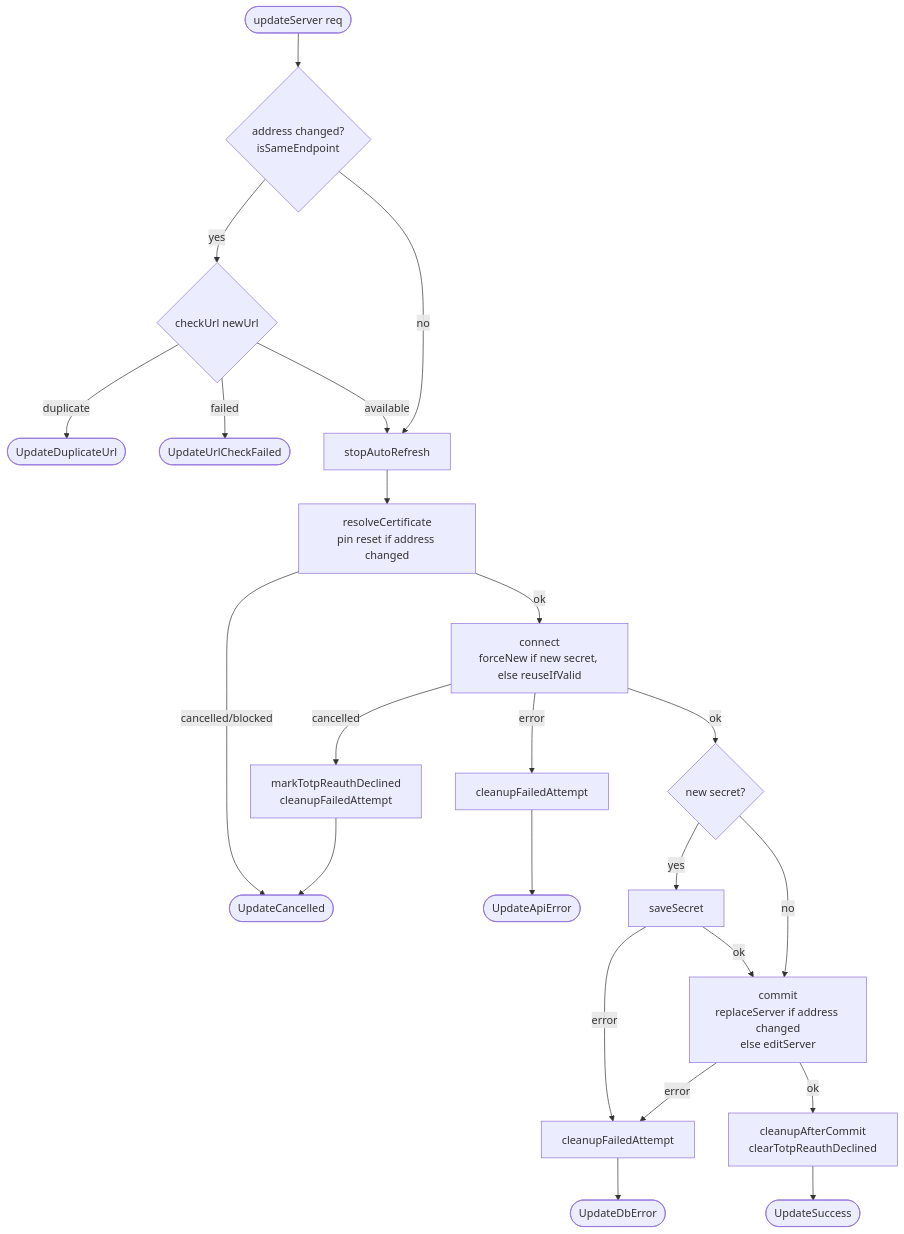
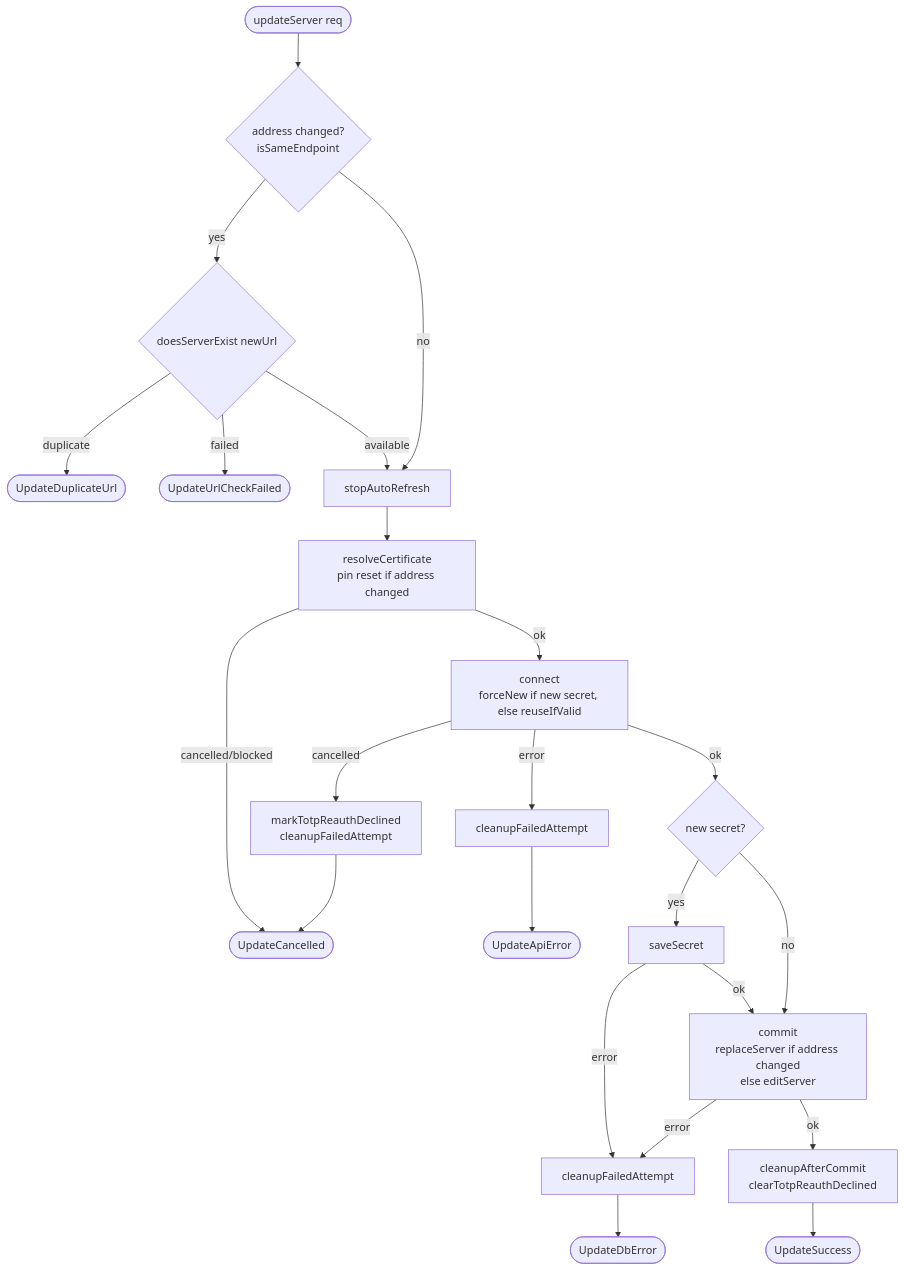
Before and after one commit to tsutsu3/pi-hole-client: the third of 8 diagrams in docs/server-connection-flow.md, drawn with Mermaid. The commit also changed other lines of this file and 11 other files, not shown here.

Commit message:
refactor(servers): check URLs and store secrets through ServerRepository

````diff
--- a/docs/server-connection-flow.md
+++ b/docs/server-connection-flow.md
@@ -98,22 +99,22 @@
 ```mermaid
 flowchart TD
   A([updateServer req]) --> B{address changed?<br/>isSameEndpoint}
-  B -- yes --> C{checkUrl newUrl}
+  B -- yes --> C{doesServerExist newUrl}
   C -- duplicate --> CD([UpdateDuplicateUrl])
   C -- failed --> CF([UpdateUrlCheckFailed])
   C -- available --> E[stopAutoRefresh]
   B -- no --> E
   E --> F[resolveCertificate<br/>pin reset if address changed]
   F -- cancelled/blocked --> H([UpdateCancelled])
   F -- ok --> J[connect<br/>forceNew if new secret, else reuseIfValid]
   J -- cancelled --> JC[markTotpReauthDeclined<br/>cleanupFailedAttempt] --> H
   J -- error --> JE[cleanupFailedAttempt] --> JA([UpdateApiError])
   J -- ok --> K{new secret?}
   K -- yes --> S[saveSecret]
   K -- no --> R
   S -- error --> X[cleanupFailedAttempt] --> T([UpdateDbError])
   S -- ok --> R[commit<br/>replaceServer if address changed<br/>else editServer]
   R -- error --> X
   R -- ok --> U[cleanupAfterCommit<br/>clearTotpReauthDeclined]
   U --> W([UpdateSuccess])
 ```
````
